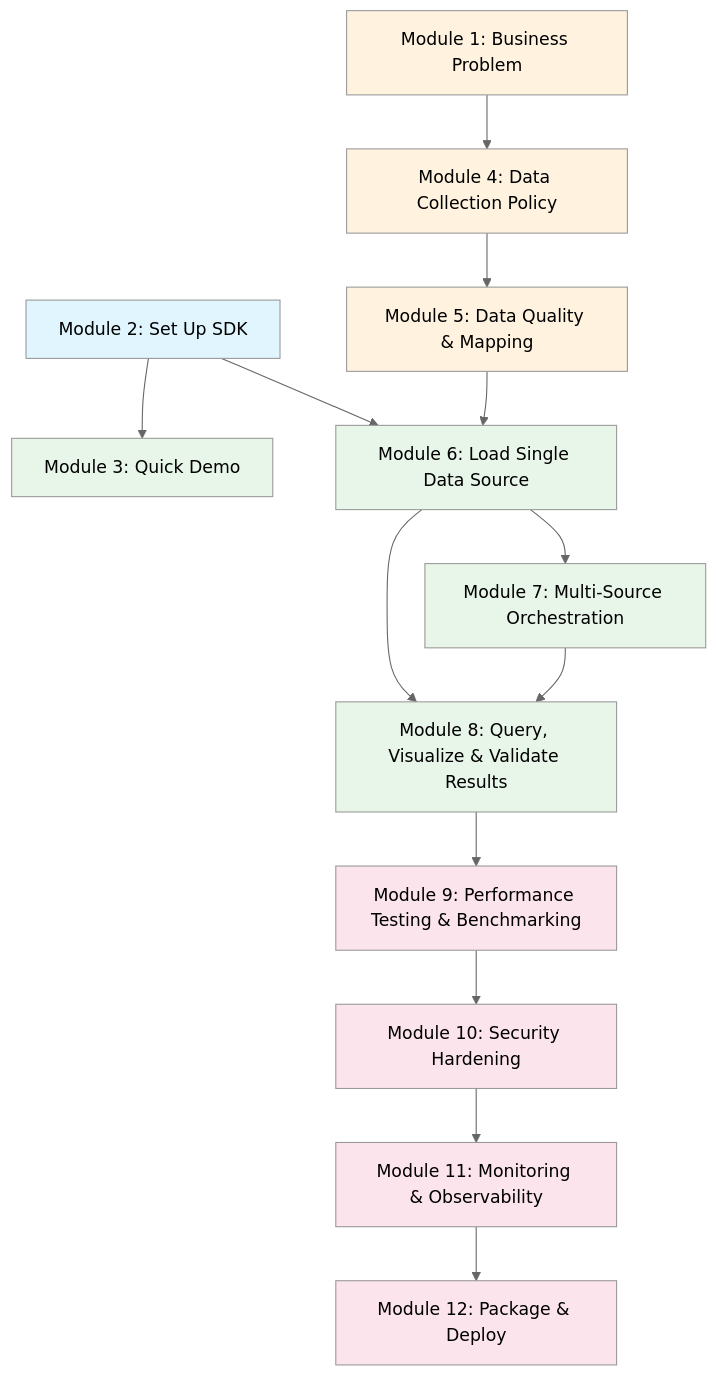
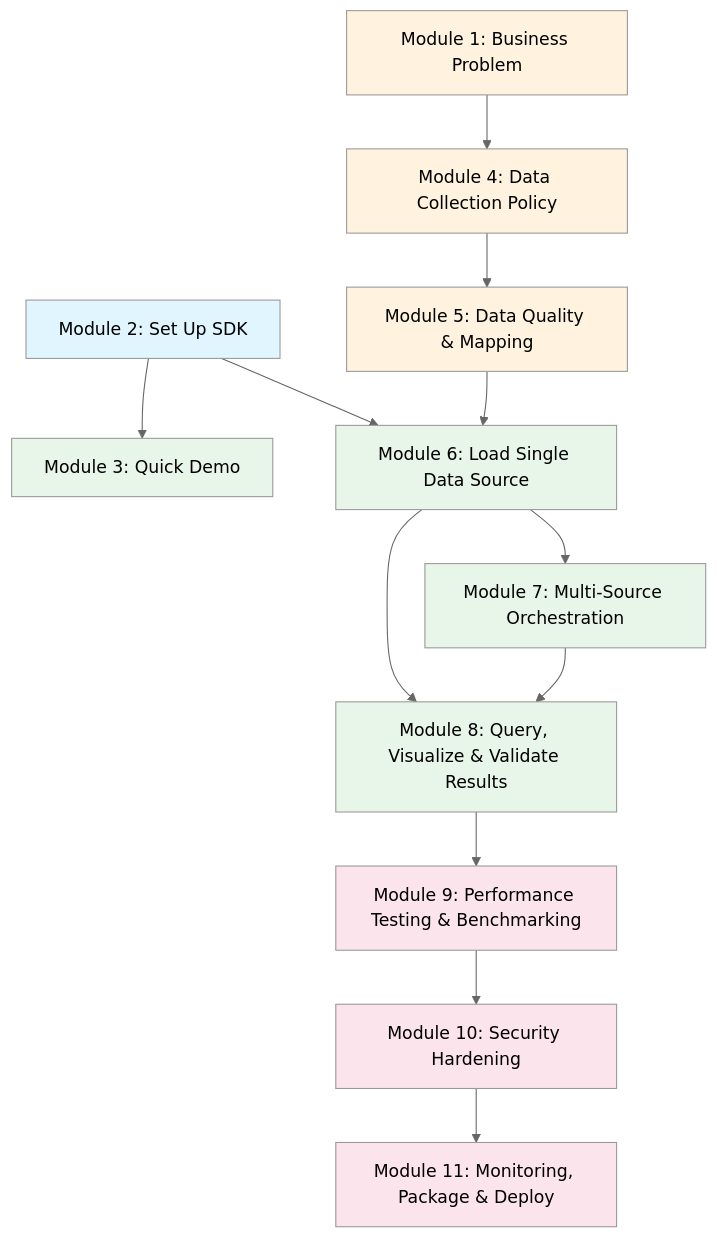
The diagram in senzing-bootcamp/docs/diagrams/module-prerequisites.md (docktermj/senzing-bootcamp-kiro-powers), drawn with Mermaid (neutral theme) before and after one commit. The commit also changed other lines of this file and 75 other files, not shown here.

````diff
--- a/senzing-bootcamp/docs/diagrams/module-prerequisites.md
+++ b/senzing-bootcamp/docs/diagrams/module-prerequisites.md
@@ -5,31 +5,29 @@
 ```mermaid
 graph TD
     M2[Module 2: Set Up SDK] --> M3[Module 3: Quick Demo]
     M2 --> M6[Module 6: Load Single Data Source]
 
     M1[Module 1: Business Problem] --> M4[Module 4: Data Collection Policy]
     M4 --> M5[Module 5: Data Quality & Mapping]
     M5 --> M6
 
     M6 --> M7[Module 7: Multi-Source Orchestration]
     M6 --> M8[Module 8: Query, Visualize & Validate Results]
     M7 --> M8
 
     M8 --> M9[Module 9: Performance Testing & Benchmarking]
     M9 --> M10[Module 10: Security Hardening]
-    M10 --> M11[Module 11: Monitoring & Observability]
-    M11 --> M12[Module 12: Package & Deploy]
+    M10 --> M11[Module 11: Monitoring, Package & Deploy]
 
     style M1 fill:#fff3e0
     style M2 fill:#e1f5fe
     style M3 fill:#e8f5e9
     style M4 fill:#fff3e0
     style M5 fill:#fff3e0
     style M6 fill:#e8f5e9
     style M7 fill:#e8f5e9
     style M8 fill:#e8f5e9
     style M9 fill:#fce4ec
     style M10 fill:#fce4ec
     style M11 fill:#fce4ec
-    style M12 fill:#fce4ec
 ```
````
